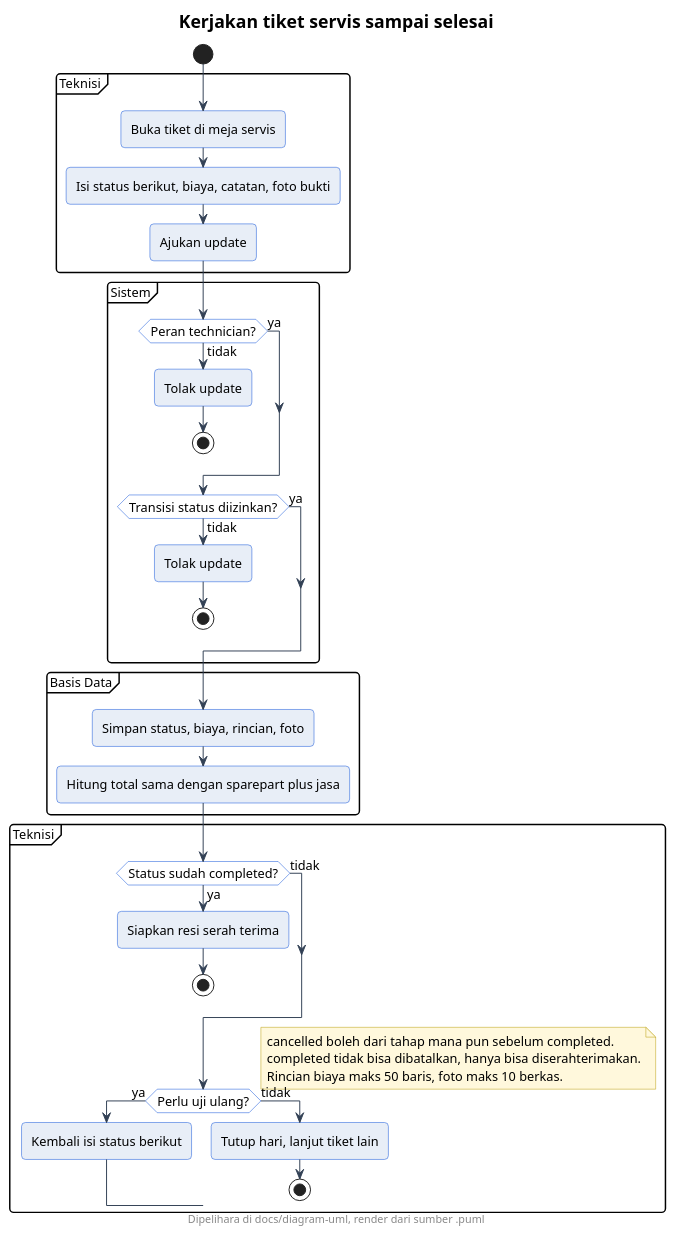
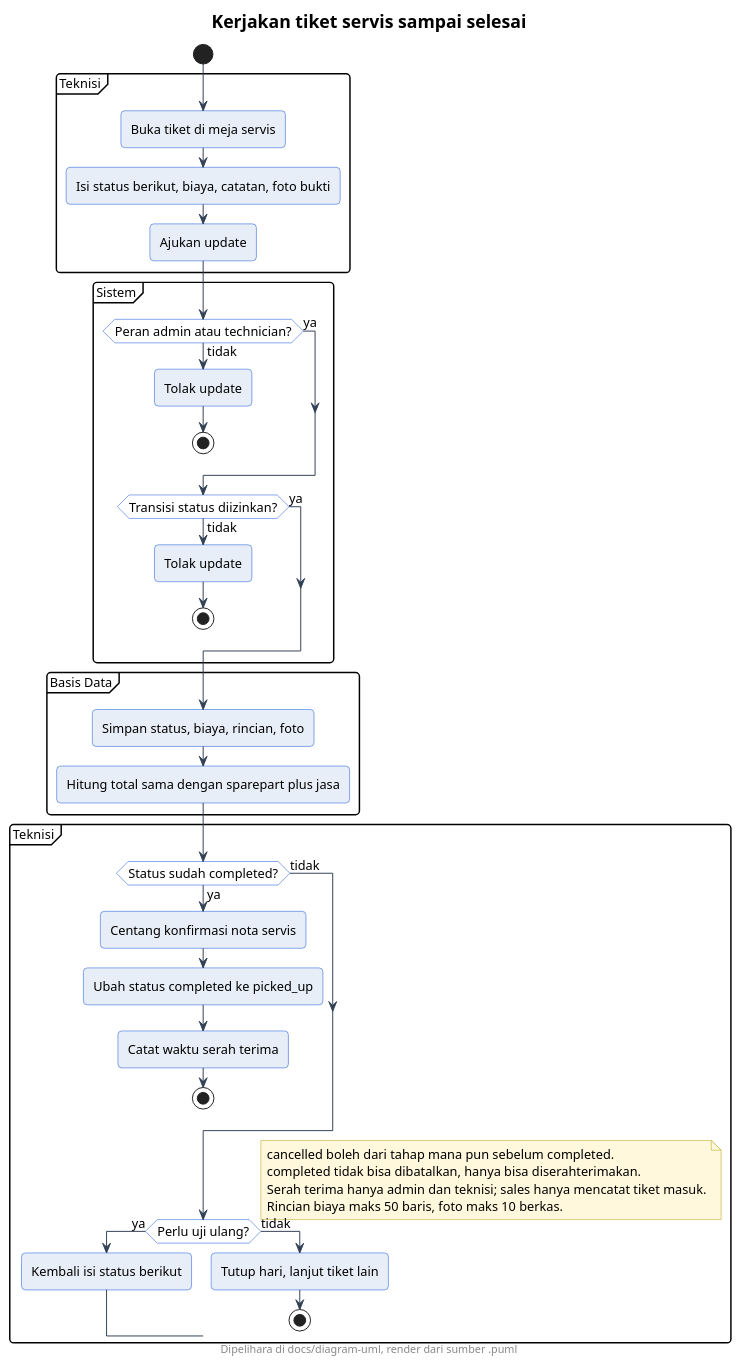
One commit to neiaki/KP changed the diagram in docs/diagram-uml/teknisi/activity-servis-tiket.puml. Above: the diagram before and after it, drawn with PlantUML. The commit also changed 39 other files, not shown here.

First line of the commit message:
docs: audit dokumen 27 Oktober dan sinkronkan status

```diff
--- a/docs/diagram-uml/teknisi/activity-servis-tiket.puml
+++ b/docs/diagram-uml/teknisi/activity-servis-tiket.puml
@@ -1,85 +1,88 @@
 @startuml
 ' --- gaya At Cell (inline, mandiri utk server publik) ---
 skinparam backgroundColor #FFFFFF
 skinparam shadowing false
 skinparam roundcorner 8
 skinparam defaultFontName sans-serif
 skinparam defaultFontSize 13
 skinparam titleFontSize 18
 skinparam titleFontStyle bold
 skinparam headerFontSize 11
 skinparam footerFontSize 11
 skinparam noteBackgroundColor #FFF8DC
 skinparam noteBorderColor #B89B00
 skinparam actorBackgroundColor #E8EEF7
 skinparam actorBorderColor #0B4ED8
 skinparam participantBackgroundColor #E8EEF7
 skinparam participantBorderColor #0B4ED8
 skinparam usecaseBackgroundColor #E8EEF7
 skinparam usecaseBorderColor #0B4ED8
 skinparam classBackgroundColor #E8EEF7
 skinparam classBorderColor #0B4ED8
 skinparam objectBackgroundColor #EEF3FA
 skinparam objectBorderColor #0B4ED8
 skinparam activityBackgroundColor #E8EEF7
 skinparam activityBorderColor #0B4ED8
 skinparam activityDiamondBackgroundColor #FFFFFF
 skinparam activityDiamondBorderColor #0B4ED8
 skinparam stateBackgroundColor #E8EEF7
 skinparam stateBorderColor #0B4ED8
 skinparam stateStartColor #0B4ED8
 skinparam stateEndColor #0B4ED8
 skinparam componentBackgroundColor #E8EEF7
 skinparam componentBorderColor #0B4ED8
 skinparam cloudBackgroundColor #F2F5FA
 skinparam cloudBorderColor #5B6B82
 skinparam databaseBackgroundColor #E8EEF7
 skinparam databaseBorderColor #0B4ED8
 skinparam entityBackgroundColor #E8EEF7
 skinparam entityBorderColor #0B4ED8
 skinparam sequenceArrowColor #334155
 skinparam sequenceLifeLineBorderColor #0B4ED8
 skinparam sequenceParticipantBorderColor #0B4ED8
 footer Dipelihara di docs/diagram-uml, render dari sumber .puml
 title Kerjakan tiket servis sampai selesai
 start
 partition Teknisi {
 :Buka tiket di meja servis;
 :Isi status berikut, biaya, catatan, foto bukti;
 :Ajukan update;
 }
 partition Sistem {
-if (Peran technician?) then (tidak)
+if (Peran admin atau technician?) then (tidak)
   :Tolak update;
   stop
 else (ya)
 endif
 if (Transisi status diizinkan?) then (tidak)
   :Tolak update;
   stop
 else (ya)
 endif
 }
 partition Basis Data {
 :Simpan status, biaya, rincian, foto;
 :Hitung total sama dengan sparepart plus jasa;
 }
 partition Teknisi {
 if (Status sudah completed?) then (ya)
-  :Siapkan resi serah terima;
+  :Centang konfirmasi nota servis;
+  :Ubah status completed ke picked_up;
+  :Catat waktu serah terima;
   stop
 else (tidak)
 endif
 if (Perlu uji ulang?) then (ya)
   :Kembali isi status berikut;
 else (tidak)
   :Tutup hari, lanjut tiket lain;
   stop
 endif
 }
 note right
   cancelled boleh dari tahap mana pun sebelum completed.
   completed tidak bisa dibatalkan, hanya bisa diserahterimakan.
+  Serah terima hanya admin dan teknisi; sales hanya mencatat tiket masuk.
   Rincian biaya maks 50 baris, foto maks 10 berkas.
 end note
 @enduml
```
